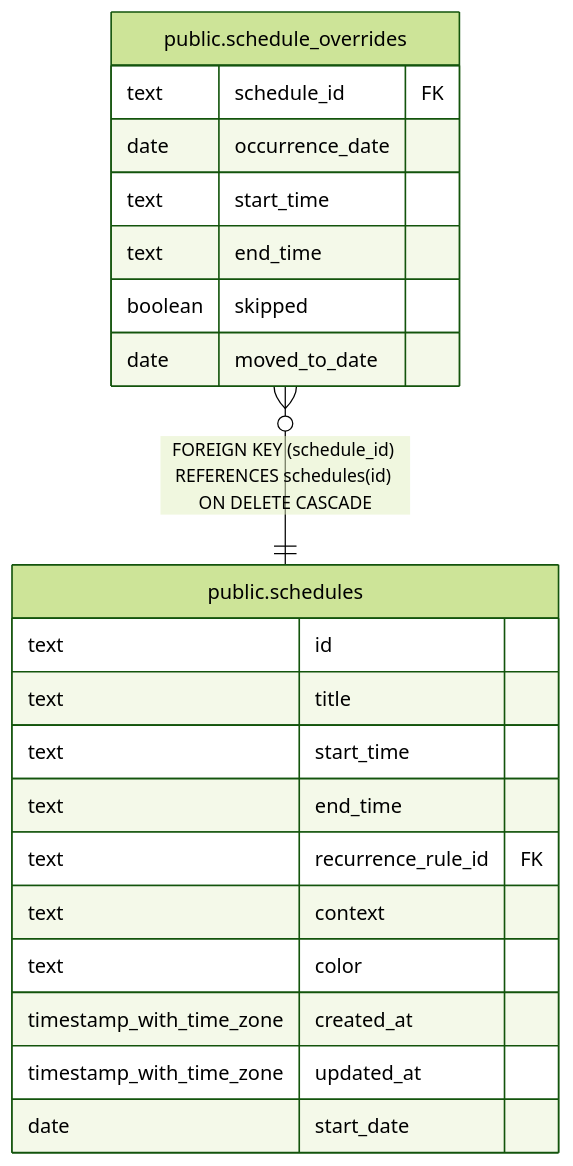
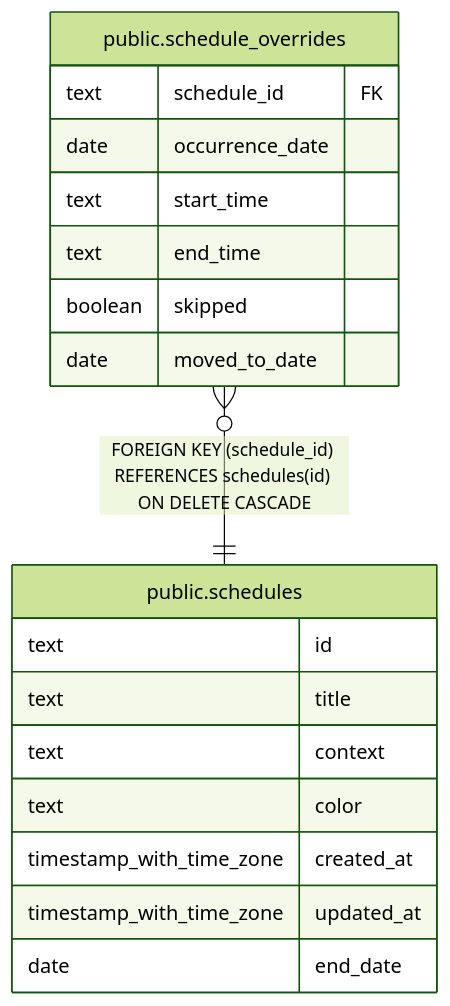
One commit to fohte/tq changed the diagram in api/docs/db/public.schedule_overrides.md. Above: the diagram before and after it, drawn with Mermaid (forest theme). The commit also changed 28 other files, not shown here.

````diff
--- a/api/docs/db/public.schedule_overrides.md
+++ b/api/docs/db/public.schedule_overrides.md
@@ -41,26 +41,23 @@
 ```mermaid
 erDiagram
 
 "public.schedule_overrides" }o--|| "public.schedules" : "FOREIGN KEY (schedule_id) REFERENCES schedules(id) ON DELETE CASCADE"
 
 "public.schedule_overrides" {
   text schedule_id FK
   date occurrence_date
   text start_time
   text end_time
   boolean skipped
   date moved_to_date
 }
 "public.schedules" {
   text id
   text title
-  text start_time
-  text end_time
-  text recurrence_rule_id FK
   text context
   text color
   timestamp_with_time_zone created_at
   timestamp_with_time_zone updated_at
-  date start_date
+  date end_date
 }
 ```
````
